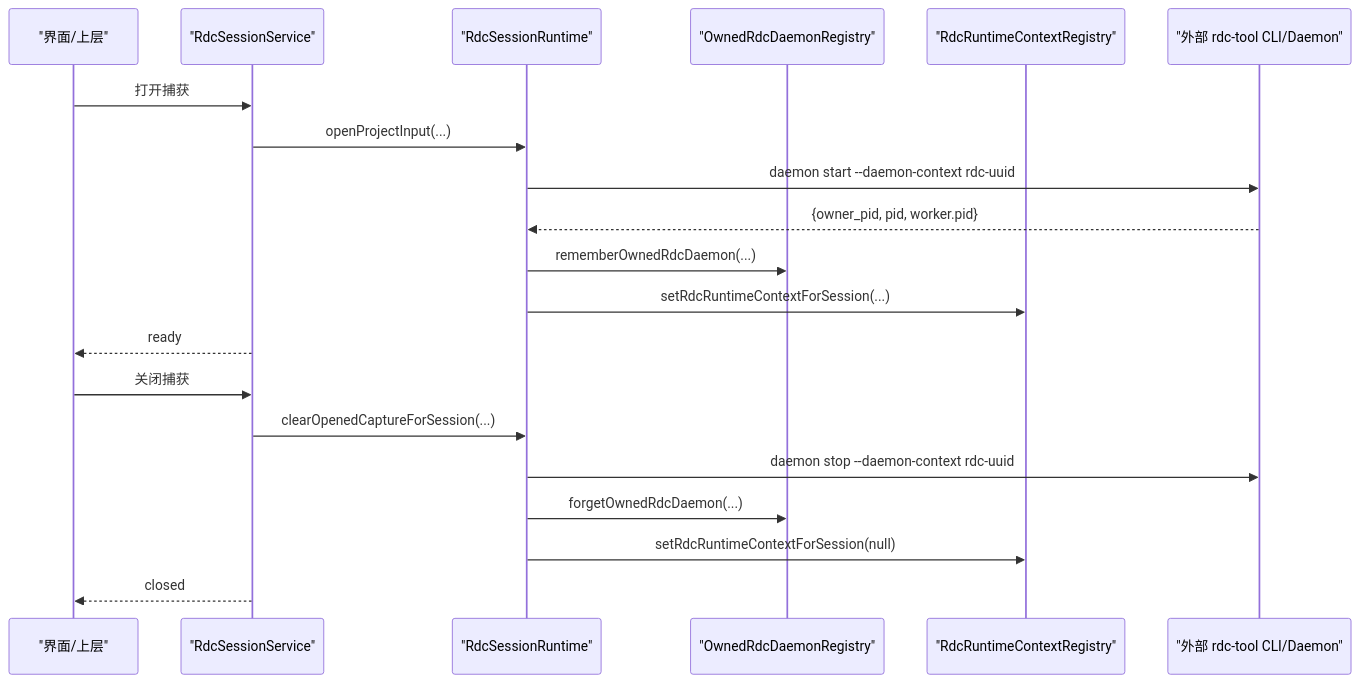
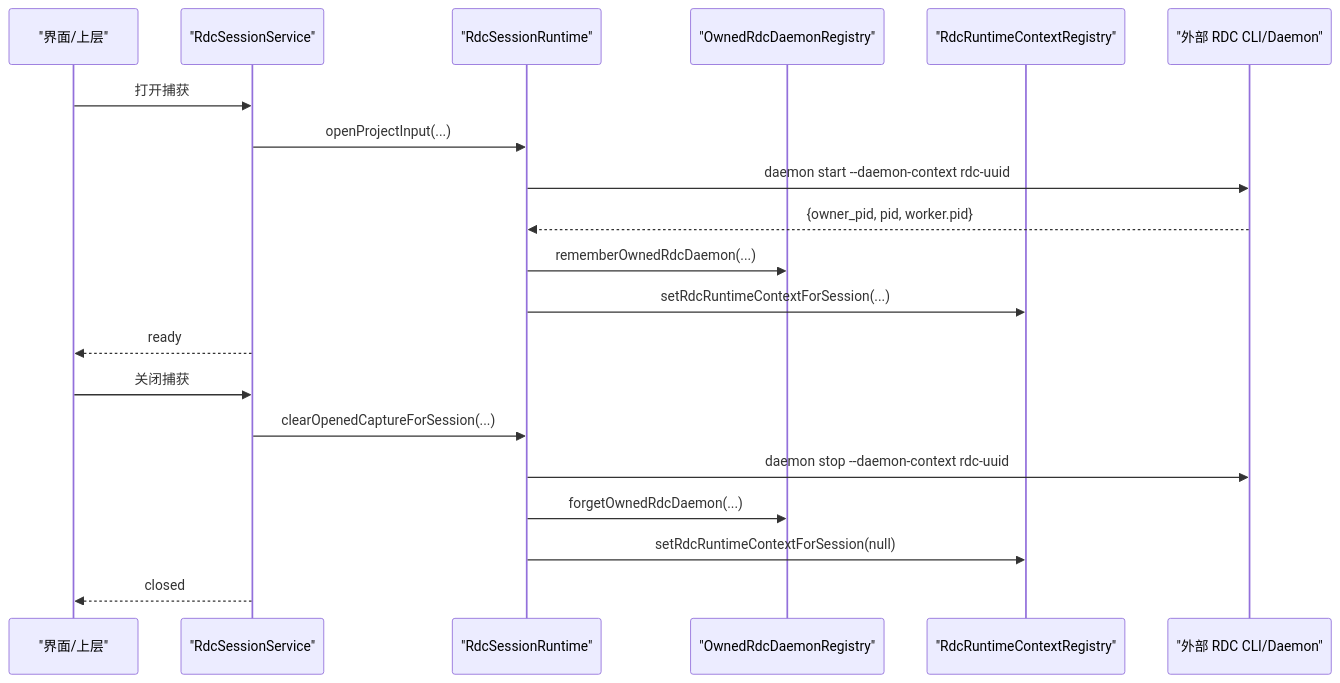
The second of 7 diagrams in .qoder/repowiki/zh/content/核心模块/会话管理系统/RDX 守护进程所有权注册表.md (haolange/RDC-Agent), drawn with Mermaid before and after one commit. The commit also changed other lines of this file and 150 other files, not shown here.

````diff
--- a/.qoder/repowiki/zh/content/核心模块/会话管理系统/RDX 守护进程所有权注册表.md
+++ b/.qoder/repowiki/zh/content/核心模块/会话管理系统/RDX 守护进程所有权注册表.md
@@ -89,22 +92,22 @@
 ```mermaid
 sequenceDiagram
 participant UI as "界面/上层"
 participant Svc as "RdcSessionService"
 participant RT as "RdcSessionRuntime"
 participant Reg as "OwnedRdcDaemonRegistry"
 participant Lease as "RdcRuntimeContextRegistry"
-participant CLI as "外部 rdc-tool CLI/Daemon"
+participant CLI as "外部 RDC CLI/Daemon"
 UI->>Svc : 打开捕获
 Svc->>RT : openProjectInput(...)
 RT->>CLI : daemon start --daemon-context rdc-uuid
 CLI-->>RT : {owner_pid, pid, worker.pid}
 RT->>Reg : rememberOwnedRdcDaemon(...)
 RT->>Lease : setRdcRuntimeContextForSession(...)
 Svc-->>UI : ready
 UI->>Svc : 关闭捕获
 Svc->>RT : clearOpenedCaptureForSession(...)
 RT->>CLI : daemon stop --daemon-context rdc-uuid
 RT->>Reg : forgetOwnedRdcDaemon(...)
 RT->>Lease : setRdcRuntimeContextForSession(null)
 Svc-->>UI : closed
 ```
````
